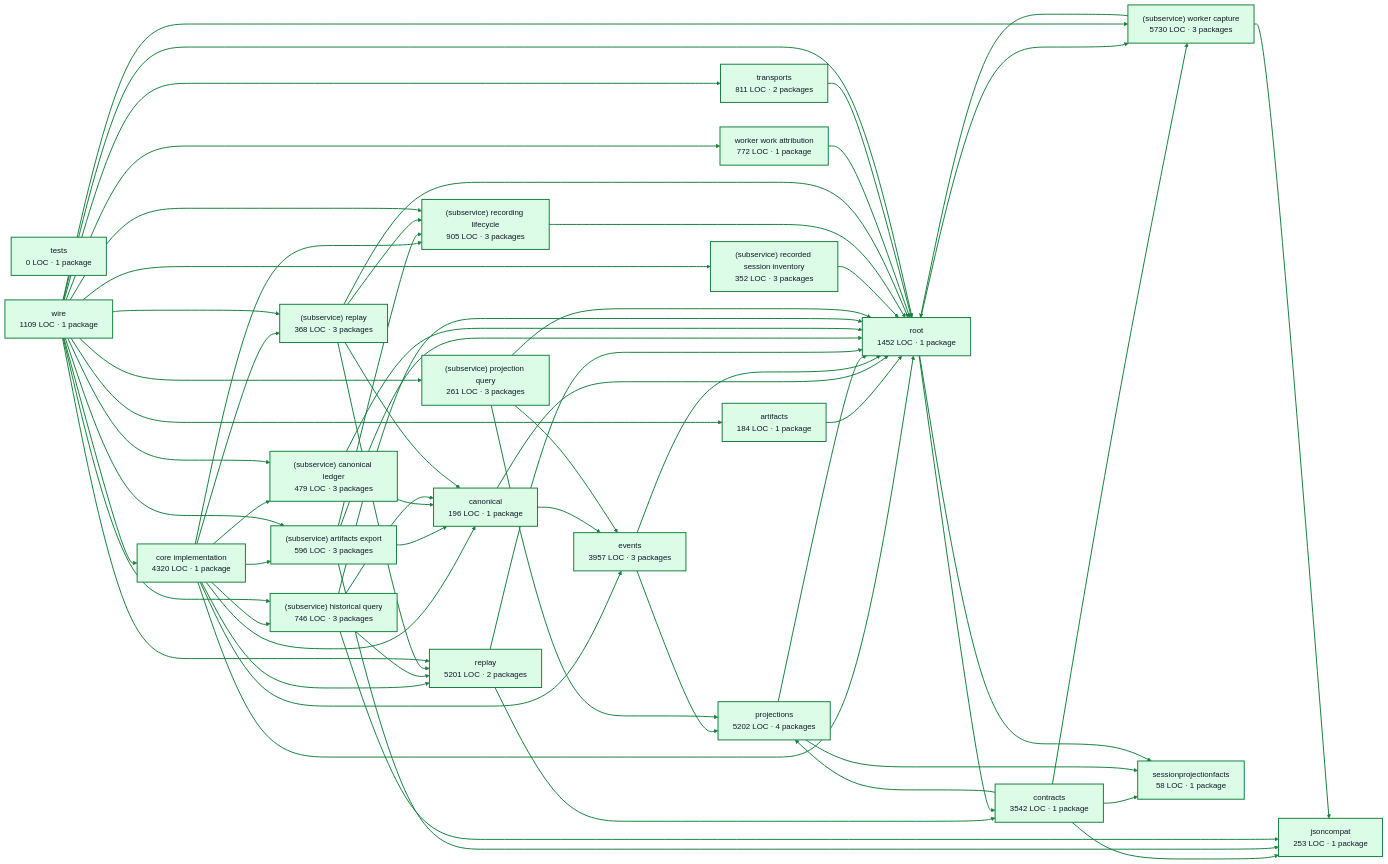
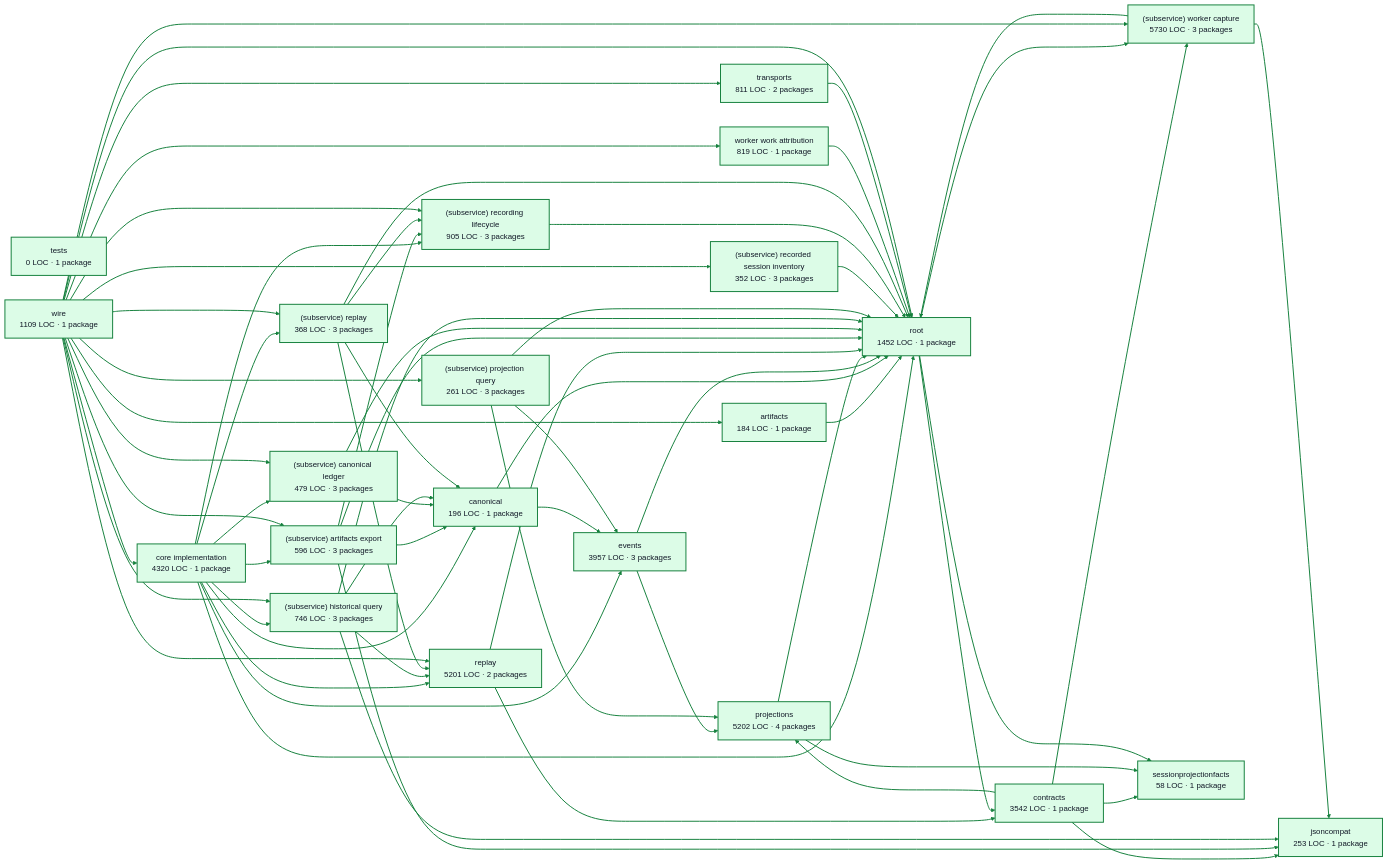
The diagram in docs/architecture/visualizations/services/recordings.md (portpowered/you-agent-factory), drawn with Mermaid before and after one commit. The commit also changed other lines of this file and 20 other files, not shown here.

Commit message:
docs: refresh backend architecture visualizations

```diff
--- a/docs/architecture/visualizations/services/recordings.md
+++ b/docs/architecture/visualizations/services/recordings.md
@@ -28,7 +28,7 @@
   p15["(subservice) worker capture<br/>5730 LOC · 3 packages"]
   p16["sessionprojectionfacts<br/>58 LOC · 1 package"]
   p17["tests<br/>0 LOC · 1 package"]
-  p18["worker work attribution<br/>772 LOC · 1 package"]
+  p18["worker work attribution<br/>819 LOC · 1 package"]
   p19["root<br/>1452 LOC · 1 package"]
   p20["transports<br/>811 LOC · 2 packages"]
   p21["wire<br/>1109 LOC · 1 package"]
```
